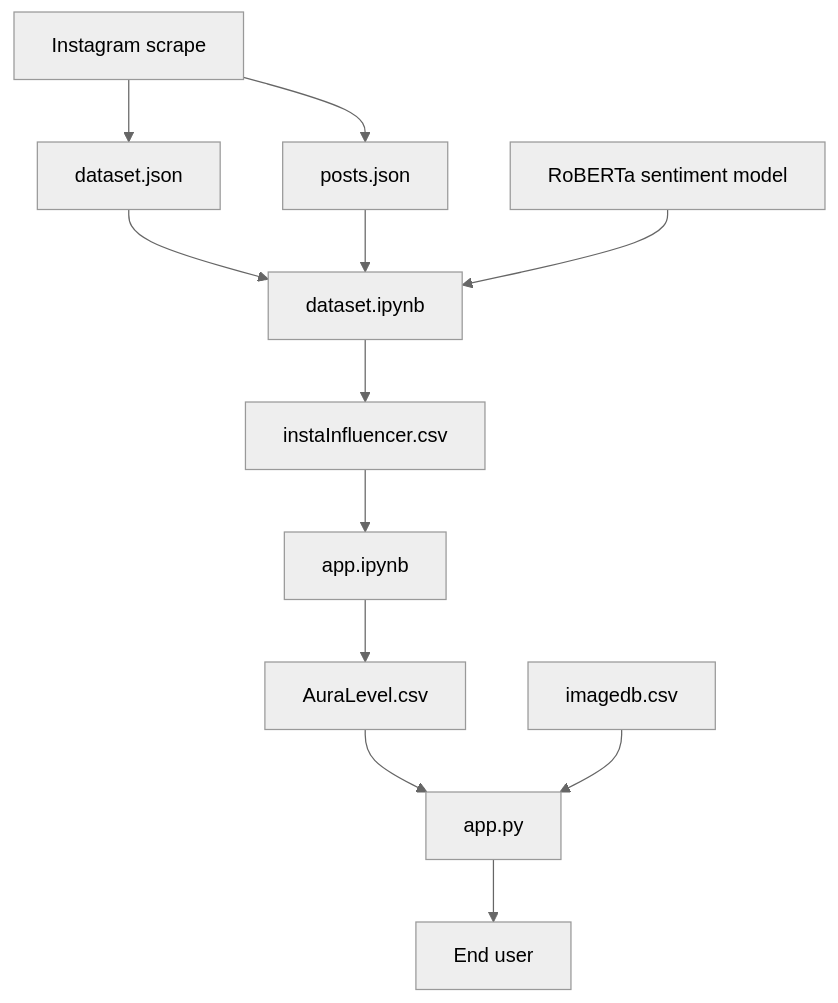
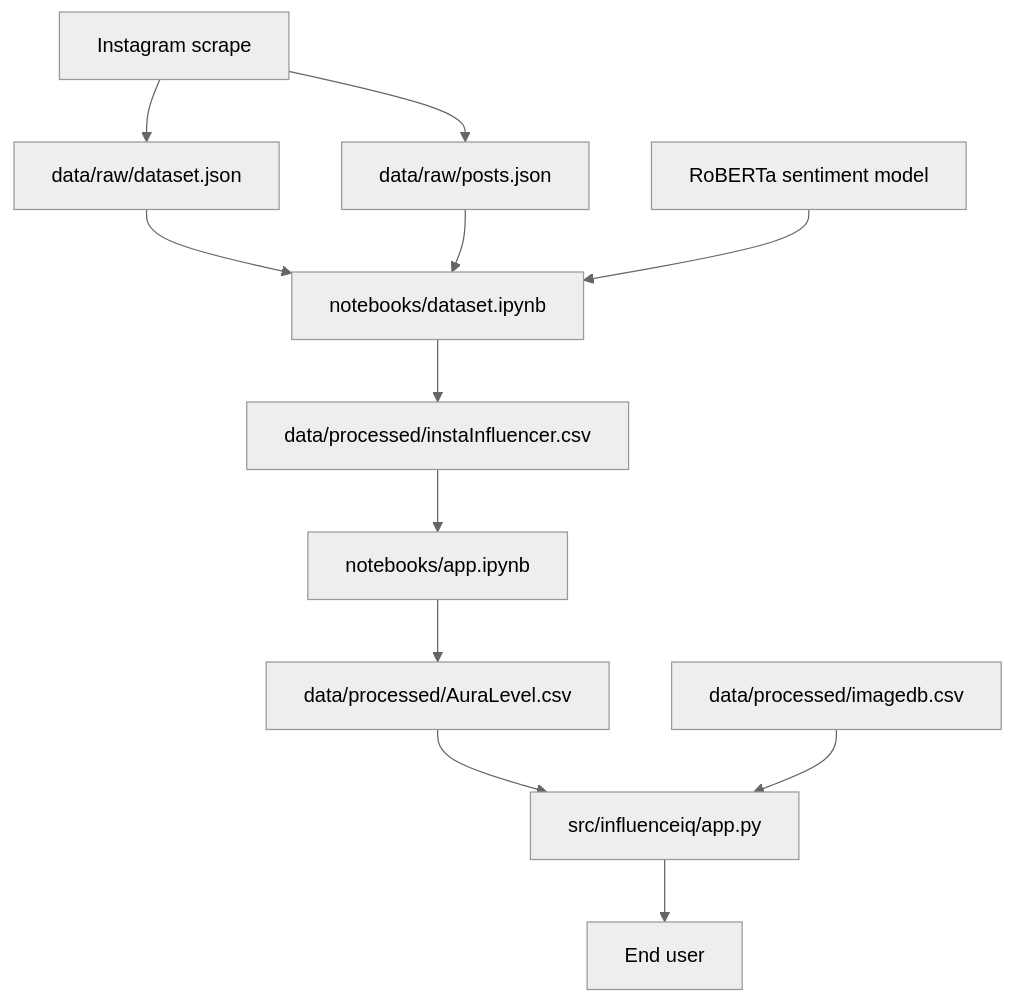
Before and after one commit to Darsh-Bothra/InfluenceIQ: the first of 3 diagrams in docs/InfluenceIQ_docs.md, drawn with Mermaid (neutral theme). The commit also changed other lines of this file, not shown here.

````diff
--- a/docs/InfluenceIQ_docs.md
+++ b/docs/InfluenceIQ_docs.md
@@ -27,19 +28,19 @@
 ```mermaid
 flowchart TD
     A["Instagram scrape"]
 
-    A --> B["dataset.json"]
-    A --> C["posts.json"]
+    A --> B["data/raw/dataset.json"]
+    A --> C["data/raw/posts.json"]
 
-    B --> D["dataset.ipynb"]
+    B --> D["notebooks/dataset.ipynb"]
     C --> D
     E["RoBERTa sentiment model"] --> D
 
-    D --> F["instaInfluencer.csv"]
-    F --> G["app.ipynb"]
-    G --> H["AuraLevel.csv"]
+    D --> F["data/processed/instaInfluencer.csv"]
+    F --> G["notebooks/app.ipynb"]
+    G --> H["data/processed/AuraLevel.csv"]
 
-    H --> I["app.py"]
-    J["imagedb.csv"] --> I
+    H --> I["src/influenceiq/app.py"]
+    J["data/processed/imagedb.csv"] --> I
     I --> K["End user"]
 ```
````
